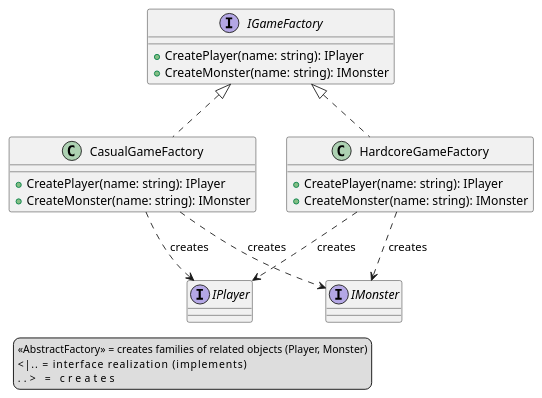
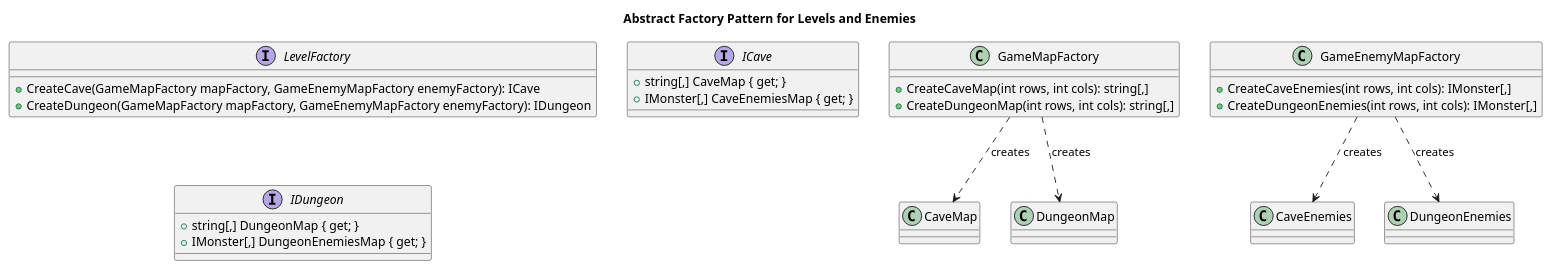
One commit to Zed101000/Samenvatting changed the diagram in PlayerMMO/AbstractFactory/abstract_factory.puml. Above: the diagram before and after it, drawn with PlantUML. The commit also changed 251 other files, not shown here.

```diff
--- a/PlayerMMO/AbstractFactory/abstract_factory.puml
+++ b/PlayerMMO/AbstractFactory/abstract_factory.puml
@@ -1,34 +1,36 @@
-@startuml AbstractFactory_PlayerMMO
-skinparam legendFontSize 12
+@startuml AbstractFactoryPattern
 
-interface IGameFactory {
-  +CreatePlayer(name: string): IPlayer
-  +CreateMonster(name: string): IMonster
+title Abstract Factory Pattern for Levels and Enemies
+
+interface LevelFactory {
+    + CreateCave(GameMapFactory mapFactory, GameEnemyMapFactory enemyFactory): ICave
+    + CreateDungeon(GameMapFactory mapFactory, GameEnemyMapFactory enemyFactory): IDungeon
 }
 
-class CasualGameFactory {
-  +CreatePlayer(name: string): IPlayer
-  +CreateMonster(name: string): IMonster
-}
-class HardcoreGameFactory {
-  +CreatePlayer(name: string): IPlayer
-  +CreateMonster(name: string): IMonster
+class GameMapFactory {
+    + CreateCaveMap(int rows, int cols): string[,]
+    + CreateDungeonMap(int rows, int cols): string[,]
 }
 
-IGameFactory <|.. CasualGameFactory
-IGameFactory <|.. HardcoreGameFactory
+class GameEnemyMapFactory {
+    + CreateCaveEnemies(int rows, int cols): IMonster[,]
+    + CreateDungeonEnemies(int rows, int cols): IMonster[,]
+}
 
-interface IPlayer
-interface IMonster
+interface ICave {
+    + string[,] CaveMap { get; }
+    + IMonster[,] CaveEnemiesMap { get; }
+}
 
-CasualGameFactory ..> IPlayer : creates
-CasualGameFactory ..> IMonster : creates
-HardcoreGameFactory ..> IPlayer : creates
-HardcoreGameFactory ..> IMonster : creates
+interface IDungeon {
+    + string[,] DungeonMap { get; }
+    + IMonster[,] DungeonEnemiesMap { get; }
+}
 
-legend left
-  «AbstractFactory» = creates families of related objects (Player, Monster)
-  <|..              = interface realization (implements)
-  ..>               = creates
-end legend
+GameMapFactory ..> CaveMap : creates
+GameMapFactory ..> DungeonMap : creates
+GameEnemyMapFactory ..> CaveEnemies : creates
+GameEnemyMapFactory ..> DungeonEnemies : creates
+
+
 @enduml
```
